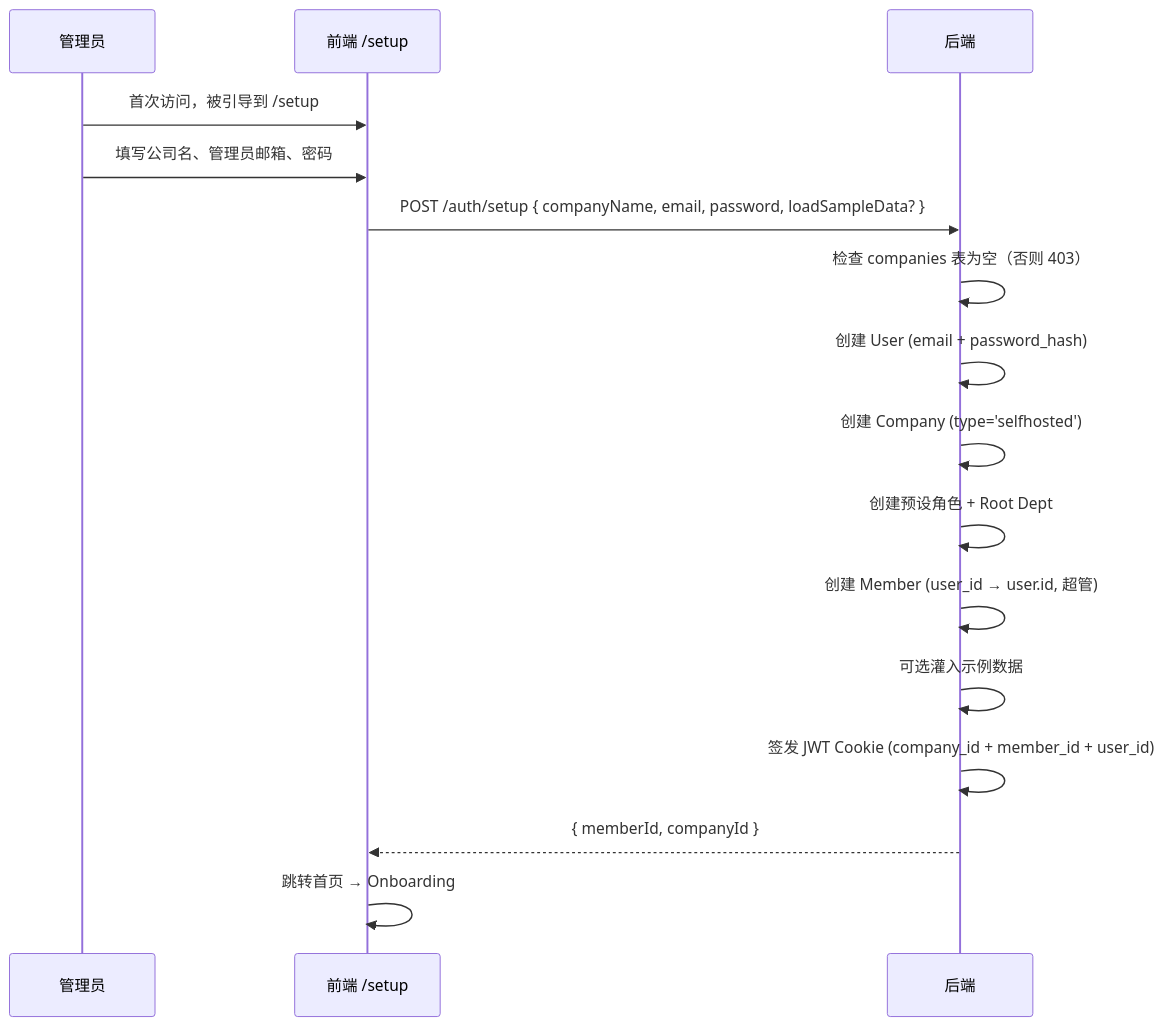
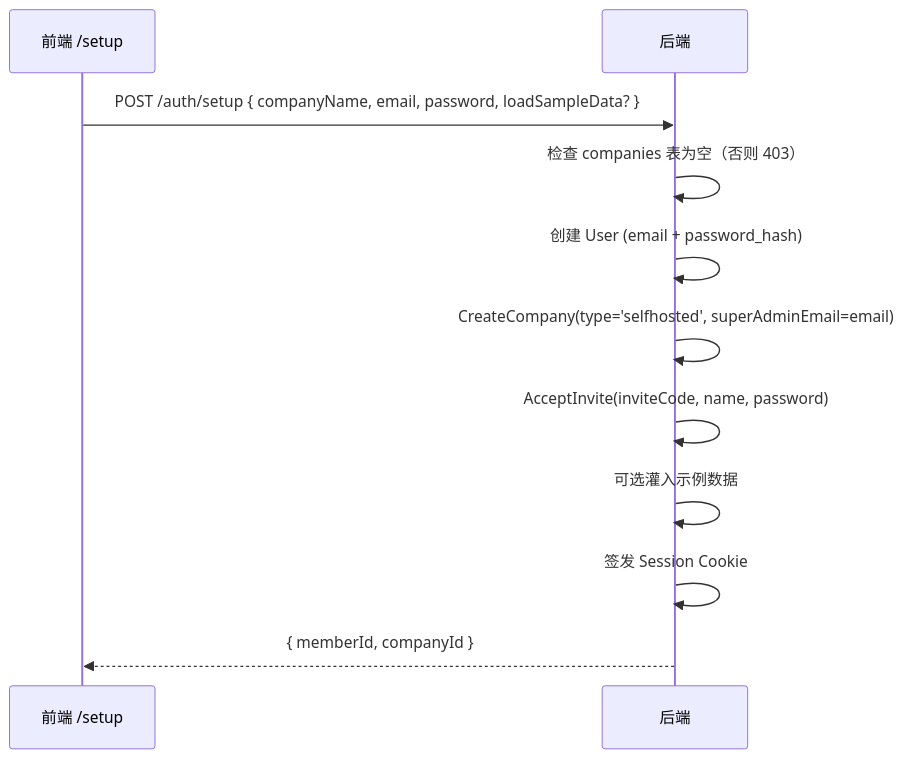
Before and after one commit to quyip8818/mytokenjoy: the fifth of 5 diagrams in docs/saas/登录注册方案设计.md, drawn with Mermaid. The commit also changed other lines of this file and 29 other files, not shown here.

````diff
--- a/docs/saas/登录注册方案设计.md
+++ b/docs/saas/登录注册方案设计.md
@@ -437,19 +226,14 @@
 ```mermaid
 sequenceDiagram
-    participant U as 管理员
     participant F as 前端 /setup
     participant B as 后端
 
-    U->>F: 首次访问，被引导到 /setup
-    U->>F: 填写公司名、管理员邮箱、密码
     F->>B: POST /auth/setup { companyName, email, password, loadSampleData? }
     B->>B: 检查 companies 表为空（否则 403）
     B->>B: 创建 User (email + password_hash)
-    B->>B: 创建 Company (type='selfhosted')
-    B->>B: 创建预设角色 + Root Dept
-    B->>B: 创建 Member (user_id → user.id, 超管)
+    B->>B: CreateCompany(type='selfhosted', superAdminEmail=email)
+    B->>B: AcceptInvite(inviteCode, name, password)
     B->>B: 可选灌入示例数据
-    B->>B: 签发 JWT Cookie (company_id + member_id + user_id)
+    B->>B: 签发 Session Cookie
     B-->>F: { memberId, companyId }
-    F->>F: 跳转首页 → Onboarding
 ```
````
